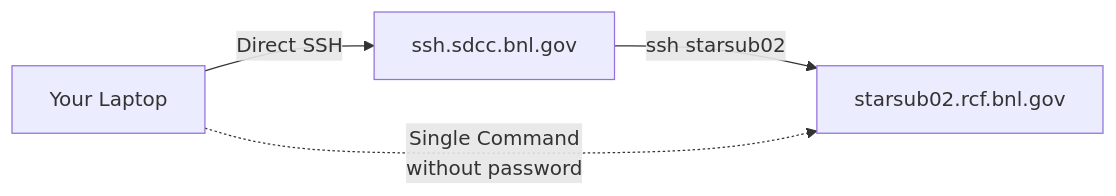
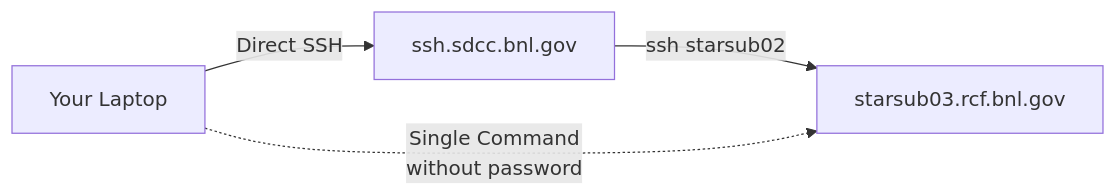
Before and after one commit to star-juniors/star-juniors.github.io: the diagram in software/ssh/index.md, drawn with Mermaid.

````diff
--- a/software/ssh/index.md
+++ b/software/ssh/index.md
@@ -11,8 +11,8 @@
 ```mermaid
 flowchart LR
     A[Your Laptop] -->|Direct SSH| B[ssh.sdcc.bnl.gov]
-    B -->|ssh starsub02| C[starsub02.rcf.bnl.gov]
+    B -->|ssh starsub02| C[starsub03.rcf.bnl.gov]
     A -.->| Single Command 
     without password| C
 
 ```
````
